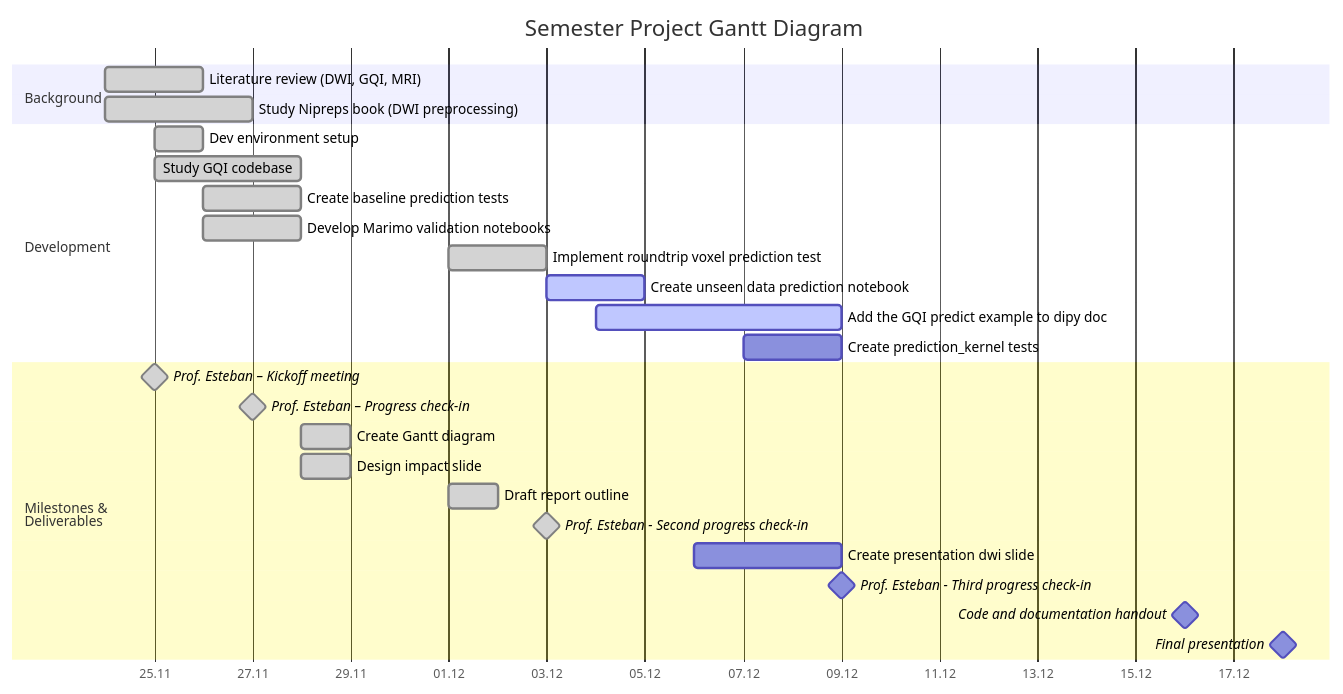
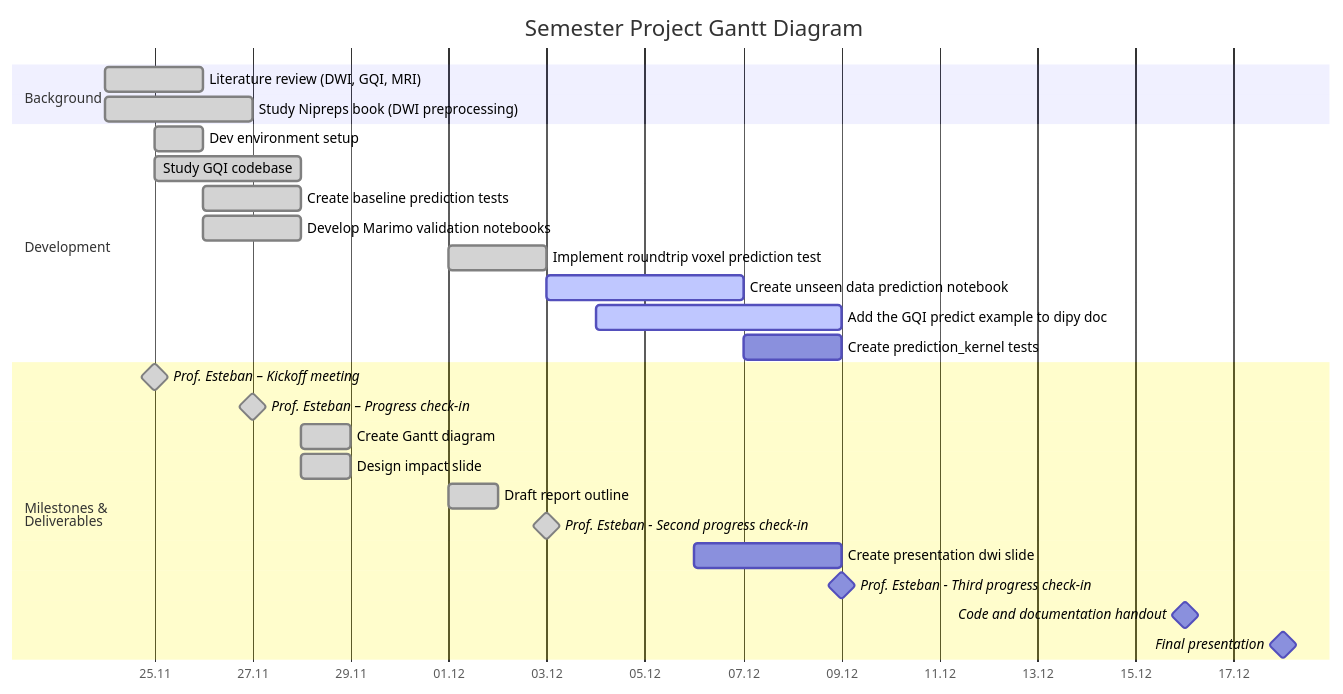
One commit to MadeInShineA/303.1-semester-project changed the diagram in src/index.qmd. Above: the diagram before and after it, drawn with Mermaid. The commit also changed 10 other files, not shown here.

Commit message:
Updated sources + Updated daily diary + Added gqi_unseen_data_notebook.html

````diff
--- a/src/index.qmd
+++ b/src/index.qmd
@@ -20,37 +20,37 @@
 ```{mermaid}
 gantt
 
     title Semester Project Gantt Diagram
     dateFormat DD.MM.YYYY
     axisFormat %d.%m
 
     section Background
         Literature review (DWI, GQI, MRI)       :done,         research,       24.11.2025, 2d
         Study Nipreps book (DWI preprocessing)  :done,         nipreps,        24.11.2025, 3d
 
     section Development
         Dev environment setup                   :done,         devenv,         25.11.2025, 1d
         Study GQI codebase                      :done,         codebase,       25.11.2025, 3d
         Create baseline prediction tests        :done,         simple_tests,   26.11.2025, 2d
         Develop Marimo validation notebooks     :done,         notebooks,      26.11.2025, 2d
         Implement roundtrip voxel prediction test :done,       cross_tests,    01.12.2025, 2d
-        Create unseen data prediction notebook  :active,       unseen_data,    03.12.2025, 2d
+        Create unseen data prediction notebook  :active,       unseen_data,    03.12.2025, 4d
         Add the GQI predict example to dipy doc :active,       predict_example,04.12.2025, 09.12.2025
         Create prediction_kernel tests          :              prediction_kernel ,07.12.2025, 2d
 
       
         
 
     section Milestones & <br>Deliverables
         Prof. Esteban – Kickoff meeting         :done,         milestone,      25.11.2025, 0d
         Prof. Esteban – Progress check-in       :done,         milestone,      27.11.2025, 0d
         Create Gantt diagram                    :done,         gantt,          28.11.2025, 1d
         Design impact slide                     :done,         impact,         28.11.2025, 1d
         Draft report outline                    :done,         r_draft,        01.12.2025, 1d
         Prof. Esteban - Second progress check-in:done,         milestone,      03.12.2025, 0d
         Create presentation dwi slide           :              p_draft,        06.12.2025, 09.12.2025 
         Prof. Esteban - Third progress check-in :              milestone,      09.12.2025, 0d
         Code and documentation handout          :              milestone,      16.12.2025, 0d
         Final presentation                      :              milestone,      18.12.2025, 0d
         
 ```
````
